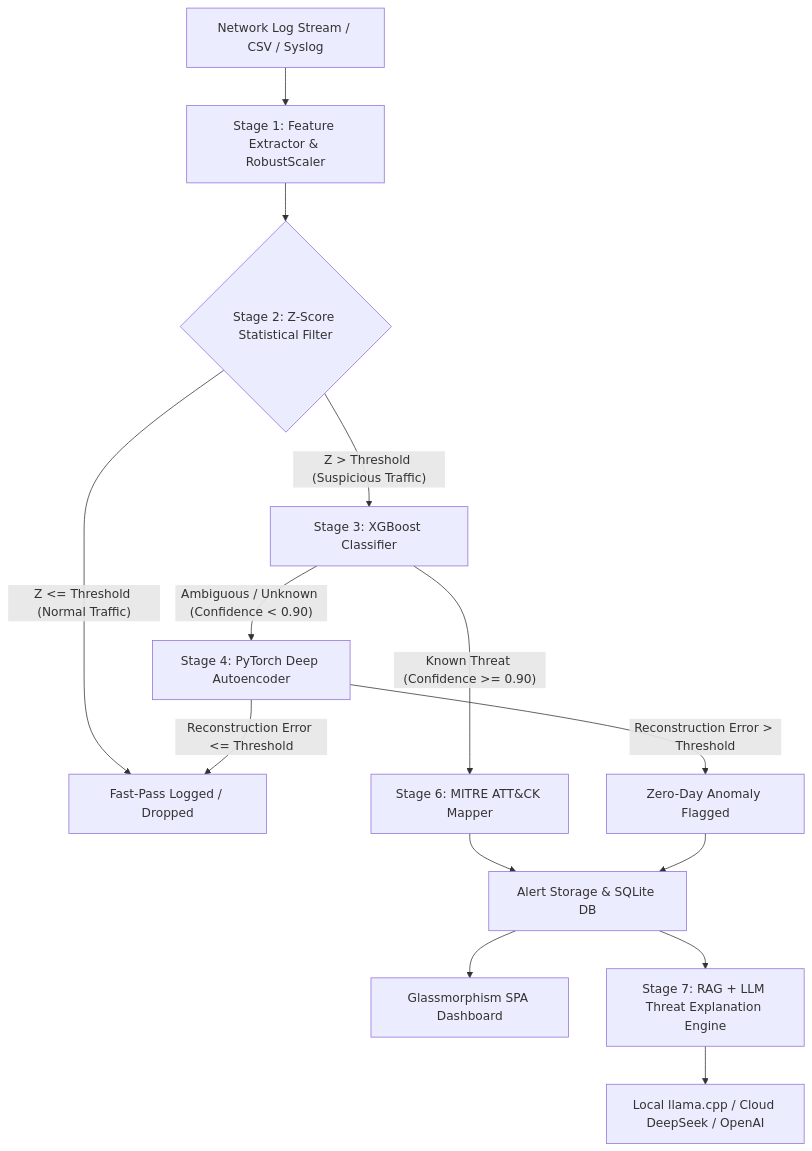
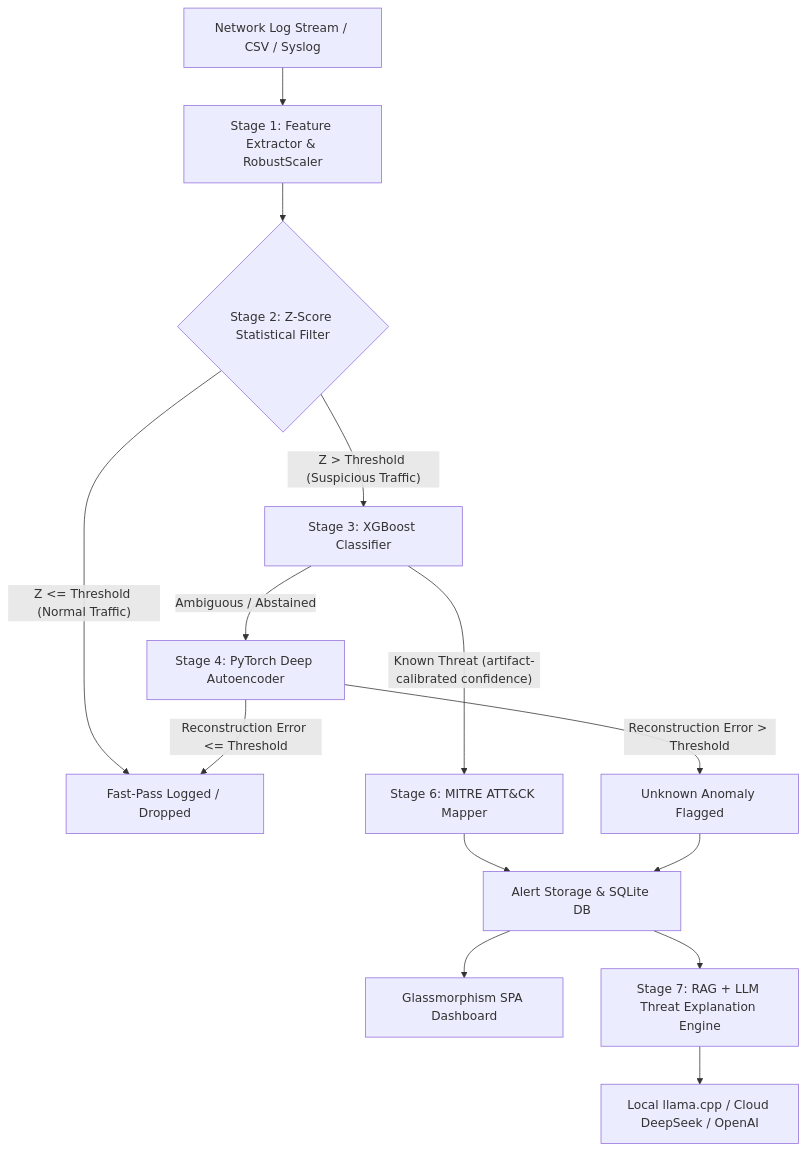
One commit to sajjadraad2006-sys/RT-IDS changed the diagram in README.md. Above: the diagram before and after it, drawn with Mermaid. The commit also changed other lines of this file and 74 other files, not shown here.

````diff
--- a/README.md
+++ b/README.md
@@ -70,21 +72,21 @@
 ```mermaid
 flowchart TD
     A[Network Log Stream / CSV / Syslog] --> B[Stage 1: Feature Extractor & RobustScaler]
     B --> C{Stage 2: Z-Score Statistical Filter}
     
     C -- Z <= Threshold (Normal Traffic) --> D[Fast-Pass Logged / Dropped]
     C -- Z > Threshold (Suspicious Traffic) --> E[Stage 3: XGBoost Classifier]
     
-    E -- Known Threat (Confidence >= 0.90) --> F[Stage 6: MITRE ATT&CK Mapper]
-    E -- Ambiguous / Unknown (Confidence < 0.90) --> G[Stage 4: PyTorch Deep Autoencoder]
+    E -- Known Threat (artifact-calibrated confidence) --> F[Stage 6: MITRE ATT&CK Mapper]
+    E -- Ambiguous / Abstained --> G[Stage 4: PyTorch Deep Autoencoder]
     
-    G -- Reconstruction Error > Threshold --> H[Zero-Day Anomaly Flagged]
+    G -- Reconstruction Error > Threshold --> H[Unknown Anomaly Flagged]
     G -- Reconstruction Error <= Threshold --> D
     
     F --> I[Alert Storage & SQLite DB]
     H --> I
     
     I --> J[Glassmorphism SPA Dashboard]
     I --> K[Stage 7: RAG + LLM Threat Explanation Engine]
     K --> L[Local llama.cpp / Cloud DeepSeek / OpenAI]
 ```
````
